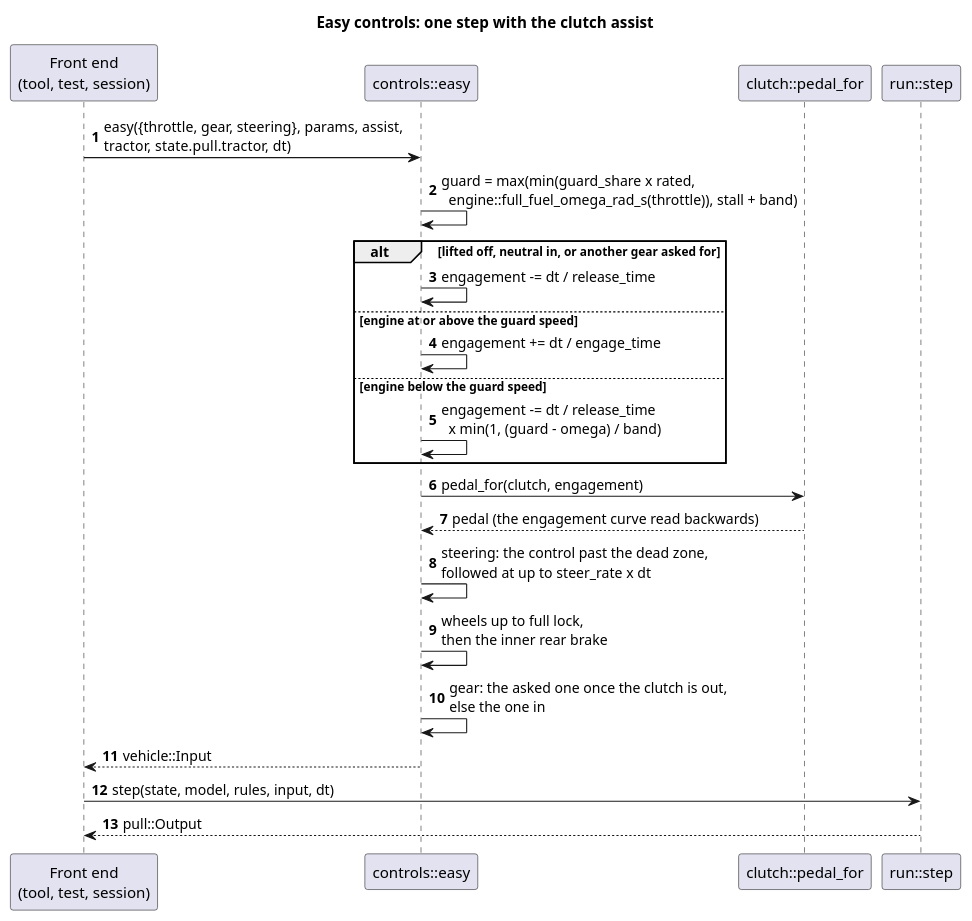
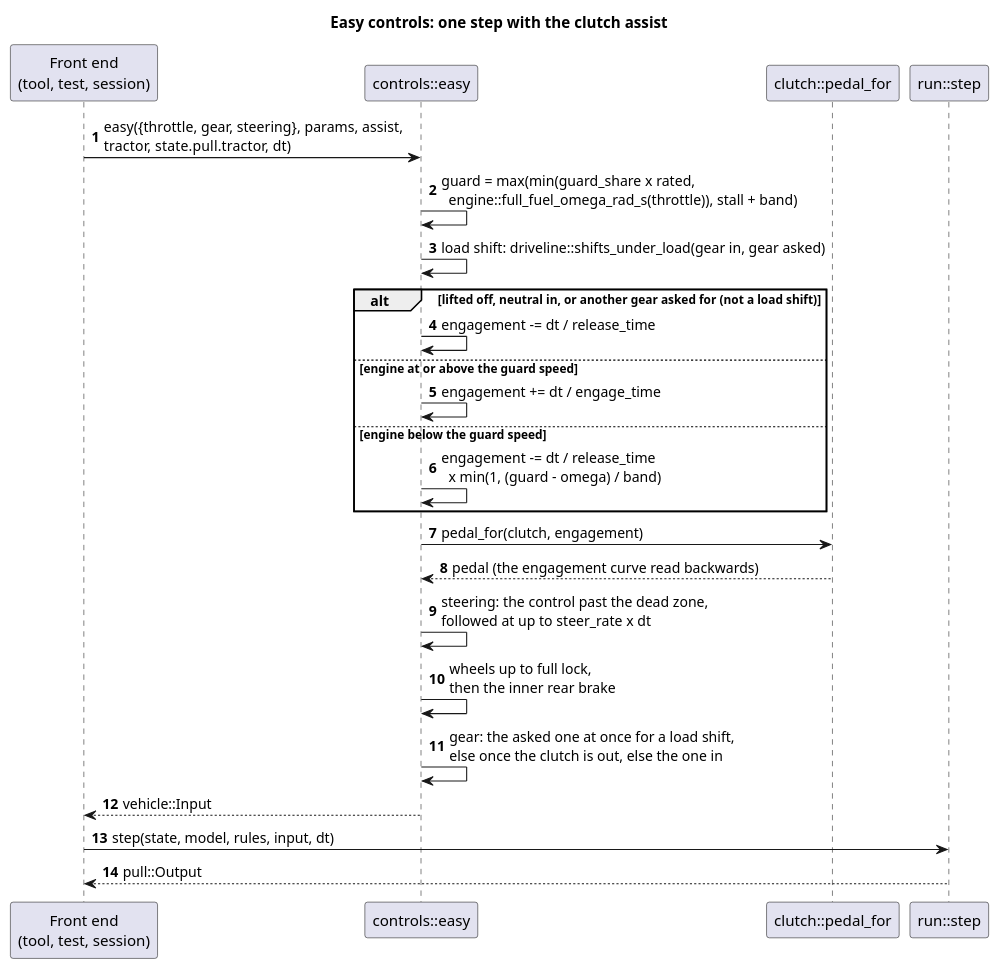
Before and after one commit to wversteeg/TractorPulling: the diagram in docs/diagrams/easy_controls_sequence.puml, drawn with PlantUML. The commit also changed 14 other files, not shown here.

```diff
--- a/docs/diagrams/easy_controls_sequence.puml
+++ b/docs/diagrams/easy_controls_sequence.puml
@@ -1,26 +1,27 @@
 @startuml easy_controls_sequence
 title Easy controls: one step with the clutch assist
 autonumber
 participant "Front end\n(tool, test, session)" as Frontend
 participant "controls::easy" as Easy
 participant "clutch::pedal_for" as PedalFor
 participant "run::step" as Run
 
 Frontend -> Easy : easy({throttle, gear, steering}, params, assist,\ntractor, state.pull.tractor, dt)
 Easy -> Easy : guard = max(min(guard_share x rated,\n  engine::full_fuel_omega_rad_s(throttle)), stall + band)
-alt lifted off, neutral in, or another gear asked for
+Easy -> Easy : load shift: driveline::shifts_under_load(gear in, gear asked)
+alt lifted off, neutral in, or another gear asked for (not a load shift)
   Easy -> Easy : engagement -= dt / release_time
 else engine at or above the guard speed
   Easy -> Easy : engagement += dt / engage_time
 else engine below the guard speed
   Easy -> Easy : engagement -= dt / release_time\n  x min(1, (guard - omega) / band)
 end
 Easy -> PedalFor : pedal_for(clutch, engagement)
 PedalFor --> Easy : pedal (the engagement curve read backwards)
 Easy -> Easy : steering: the control past the dead zone,\nfollowed at up to steer_rate x dt
 Easy -> Easy : wheels up to full lock,\nthen the inner rear brake
-Easy -> Easy : gear: the asked one once the clutch is out,\nelse the one in
+Easy -> Easy : gear: the asked one at once for a load shift,\nelse once the clutch is out, else the one in
 Easy --> Frontend : vehicle::Input
 Frontend -> Run : step(state, model, rules, input, dt)
 Run --> Frontend : pull::Output
 @enduml
```
